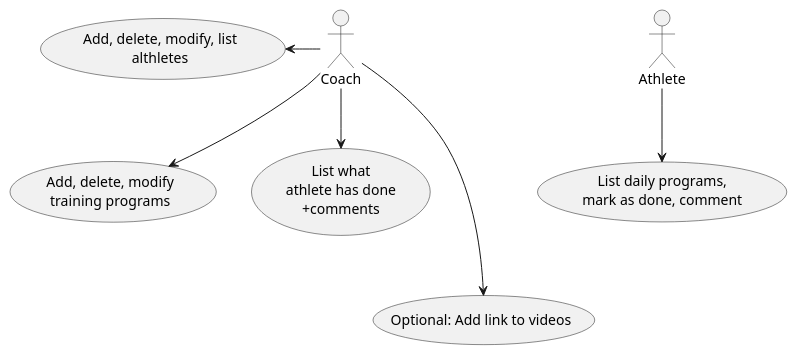
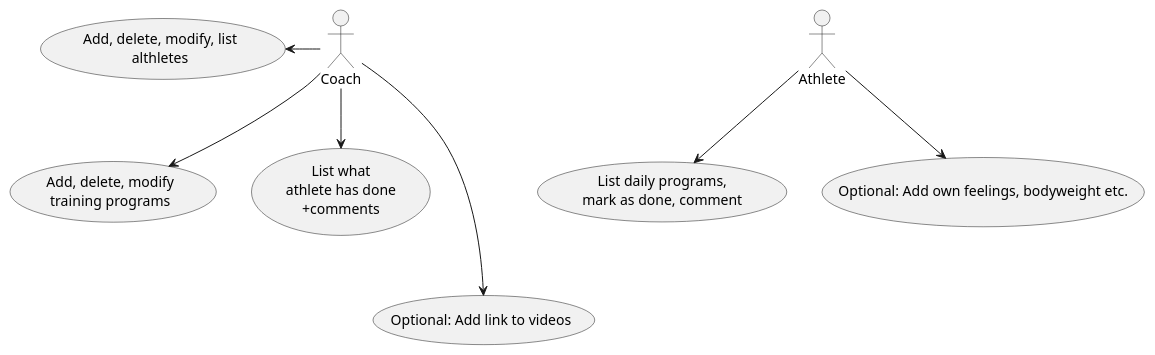
The diagram in Specs/Specs.md (SaLuX8/UI-programming), drawn with PlantUML before and after one commit.

````diff
--- a/Specs/Specs.md
+++ b/Specs/Specs.md
@@ -30,19 +30,20 @@
 ```plantuml
 
 actor Coach 
 actor Athlete
 usecase (Add, delete, modify\ntraining programs) as UC1
 usecase (List daily programs,\nmark as done, comment) as UC2
 usecase (List what\nathlete has done\n+comments) as UC3
 usecase (Add, delete, modify, list\nalthletes) as UC4
 usecase (Optional: Add link to videos) as UC5
+usecase (Optional: Add own feelings, bodyweight etc.) as UC6
 
 Coach -left-> UC4
 Coach -down-> UC1
 Coach -down-> UC3
 Coach -down--> UC5
 
 Athlete -down-> UC2
-
+Athlete -down-> UC6
 
 ```
````
